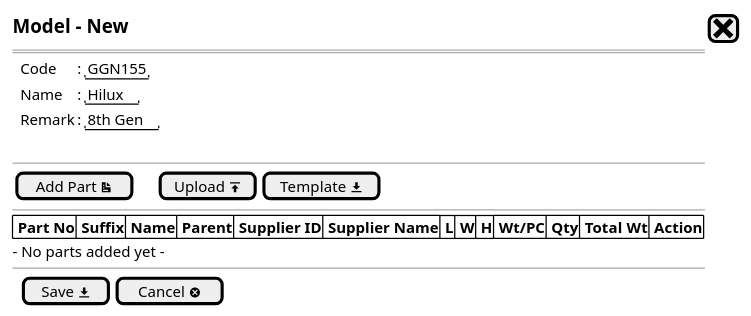
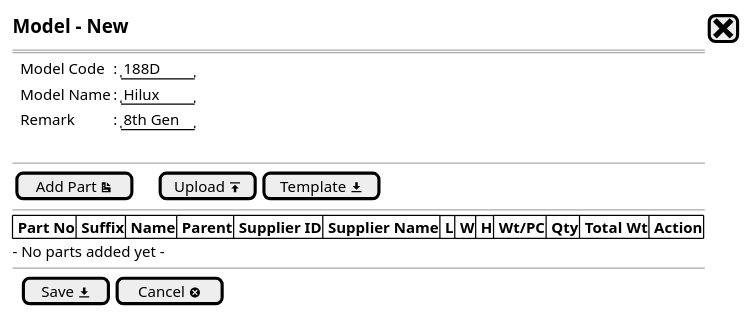
The diagram in Model/model - newstep1a.puml (ari-fikri/packing-cost-mockup), drawn with PlantUML before and after one commit. The commit also changed 5 other files, not shown here.

Commit message:
- rename code menjadi model code - rename name menjadi model name - update ouput di grid view menggunakan data real

```diff
--- a/Model/model - newstep1a.puml
+++ b/Model/model - newstep1a.puml
@@ -1,27 +1,27 @@
 @startsalt
 {
   <size:15><b>Model - New |[<size:25><&x>]|*
   ==
   
   {   
-    .|Code           |: |"GGN155"|*
-    .|Name           |: |"Hilux"| *
+    .|Model Code |: |"188D   "|*
+    .|Model Name |: |"Hilux  "|*
     .|Remark     |: |"8th Gen"|*
   }
   .
 --
   {
     [Add Part <&document>]|.|.|.|[Upload <&data-transfer-upload>]| [Template <&data-transfer-download>]|
   }
   --
   {#
     |<b> Part No |<b> Suffix |<b> Name |<b> Parent |<b> Supplier ID |<b> Supplier Name |<b> L |<b> W |<b> H |<b> Wt/PC |<b> Qty |<b> Total Wt |<b> Action |*|*|*|*|*|*|*
   }
   - No parts added yet -
   --
   {
   .|[ Save <&data-transfer-download>] |  [Cancel <&circle-x> ]|*
   }
 }
 
   @endsalt
```
